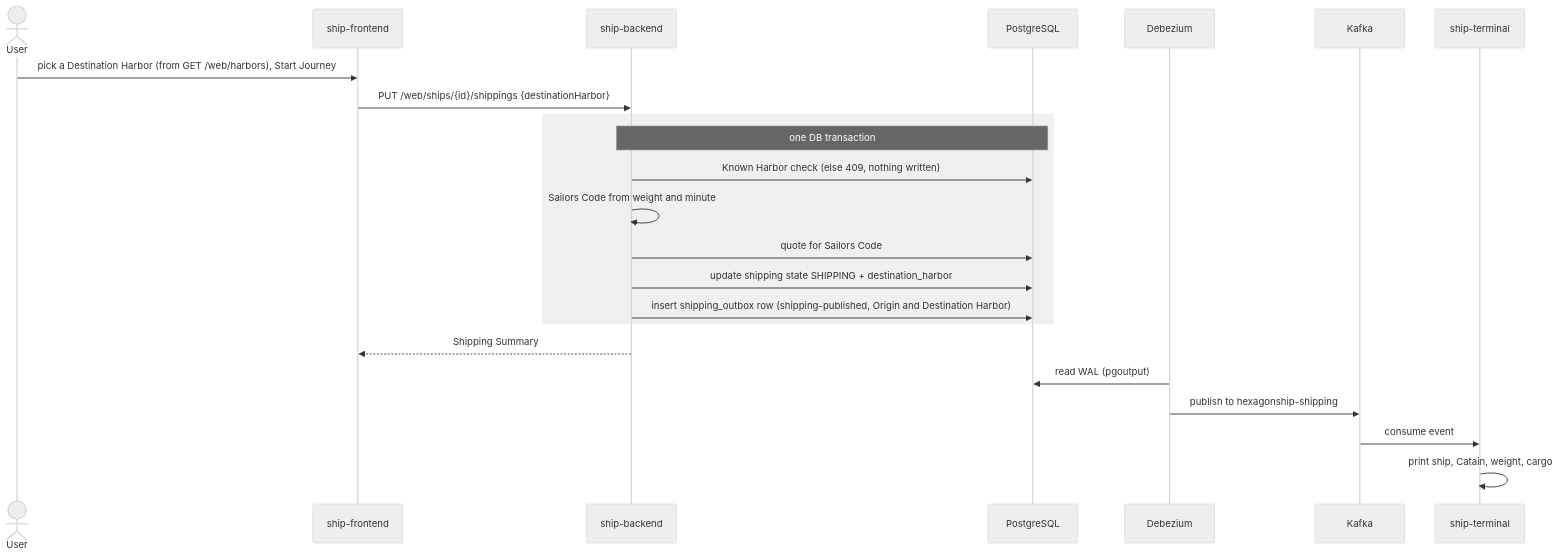
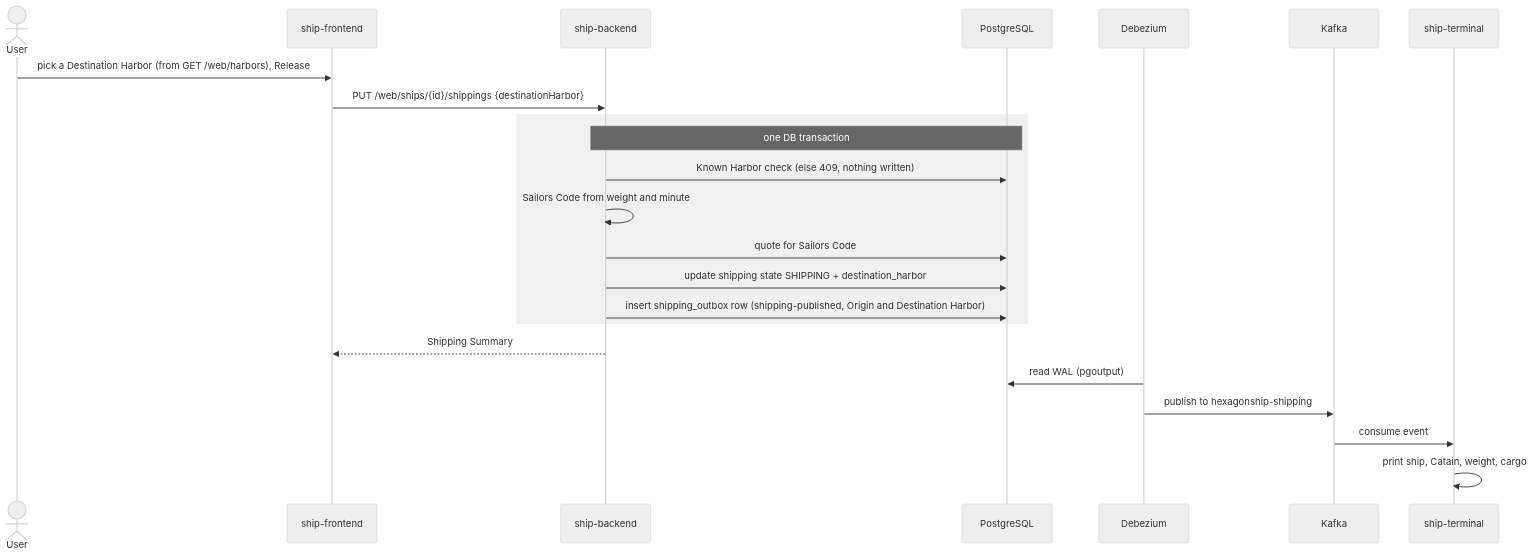
Before and after one commit to maurizio100/ddd-ship: the third of 7 diagrams in docs/arc42/06-runtime.md, drawn with Mermaid (neutral theme). The commit also changed 10 other files, not shown here.

````diff
--- a/docs/arc42/06-runtime.md
+++ b/docs/arc42/06-runtime.md
@@ -48,25 +48,25 @@
 ```mermaid
 sequenceDiagram
     actor U as User
     participant FE as ship-frontend
     participant BE as ship-backend
     participant DB as PostgreSQL
     participant CDC as Debezium
     participant K as Kafka
     participant T as ship-terminal
-    U->>FE: pick a Destination Harbor (from GET /web/harbors), Start Journey
+    U->>FE: pick a Destination Harbor (from GET /web/harbors), Release
     FE->>BE: PUT /web/ships/{id}/shippings {destinationHarbor}
     rect rgb(240,240,240)
     Note over BE,DB: one DB transaction
     BE->>DB: Known Harbor check (else 409, nothing written)
     BE->>BE: Sailors Code from weight and minute
     BE->>DB: quote for Sailors Code
     BE->>DB: update shipping state SHIPPING + destination_harbor
     BE->>DB: insert shipping_outbox row (shipping-published, Origin and Destination Harbor)
     end
     BE-->>FE: Shipping Summary
     CDC->>DB: read WAL (pgoutput)
     CDC->>K: publish to hexagonship-shipping
     K->>T: consume event
     T->>T: print ship, Catain, weight, cargo
 ```
````
